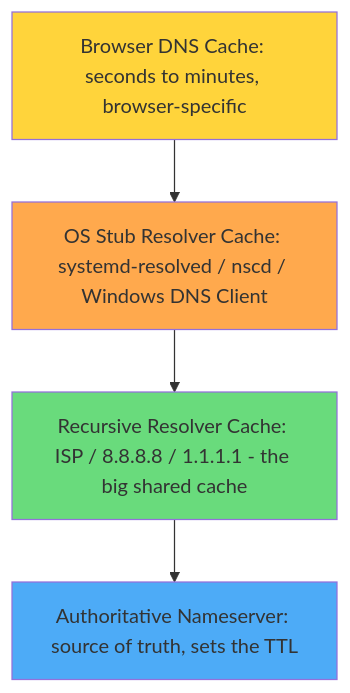
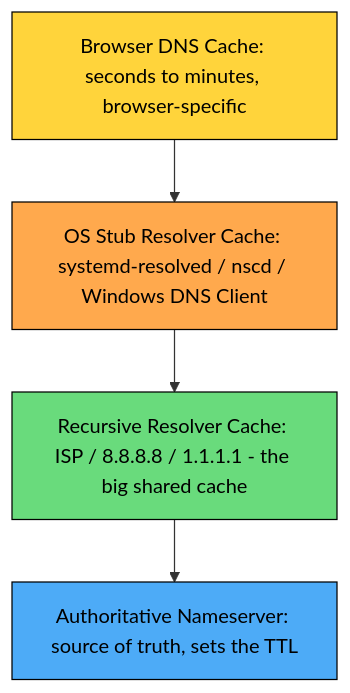
One commit to LankaHarsha/system-designing-internals changed the third of 5 diagrams in Day1.md. Above: the diagram before and after it, drawn with Mermaid. The commit also changed other lines of this file, not shown here.

````diff
--- a/Day1.md
+++ b/Day1.md
@@ -218,11 +218,11 @@
 ```mermaid
 graph TD
     A["Browser DNS Cache: seconds to minutes, browser-specific"] --> B["OS Stub Resolver Cache: systemd-resolved / nscd / Windows DNS Client"]
     B --> C["Recursive Resolver Cache: ISP / 8.8.8.8 / 1.1.1.1 - the big shared cache"]
     C --> D["Authoritative Nameserver: source of truth, sets the TTL"]
 
-    style A fill:#ffd43b
-    style B fill:#ffa94d
-    style C fill:#69db7c
-    style D fill:#4dabf7
+    style A fill:#ffd43b,color:#000000,stroke:#000000
+    style B fill:#ffa94d,color:#000000,stroke:#000000
+    style C fill:#69db7c,color:#000000,stroke:#000000
+    style D fill:#4dabf7,color:#000000,stroke:#000000
 ```
````
